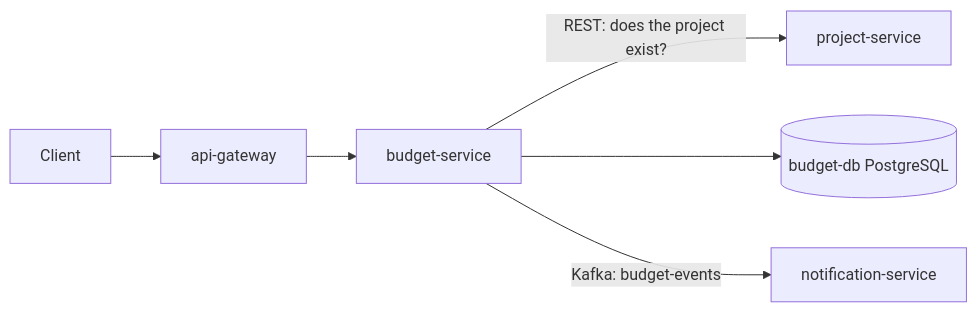
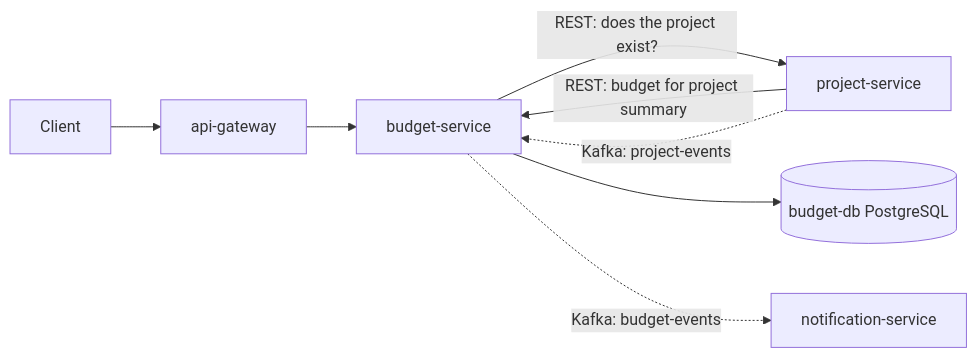
One commit to maba103/PG3402-eksamen changed the diagram in budget-service/README.md. Above: the diagram before and after it, drawn with Mermaid. The commit also changed other lines of this file, not shown here.

Commit message:
budget-service: update readme

````diff
--- a/budget-service/README.md
+++ b/budget-service/README.md
@@ -45,8 +56,10 @@
 ```mermaid
 flowchart LR
     Client --> Gateway[api-gateway]
     Gateway --> Budget[budget-service]
-    Budget -- REST: does the project exist? --> Project[project-service]
+    Budget -- "REST: does the project exist?" --> Project[project-service]
+    Project -- "REST: budget for project summary" --> Budget
     Budget --> DB[(budget-db PostgreSQL)]
-    Budget -- Kafka: budget-events --> Notification[notification-service]
+    Budget -. "Kafka: budget-events" .-> Notification[notification-service]
+    Project -. "Kafka: project-events" .-> Budget
 ```
````
